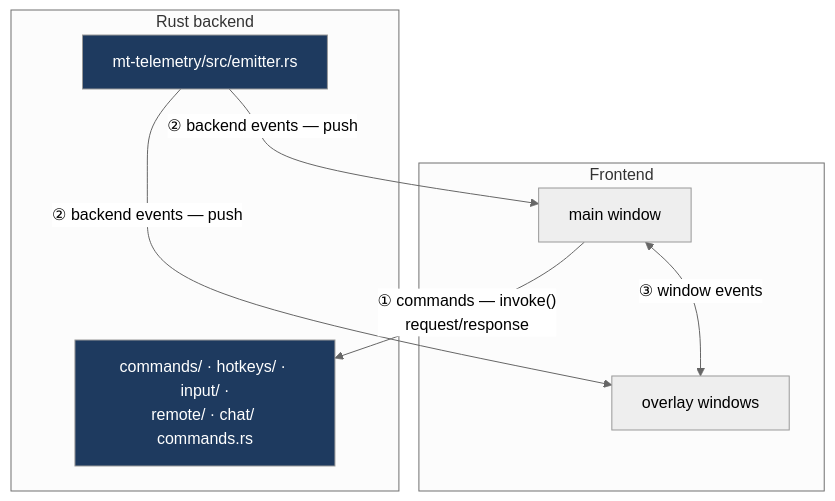
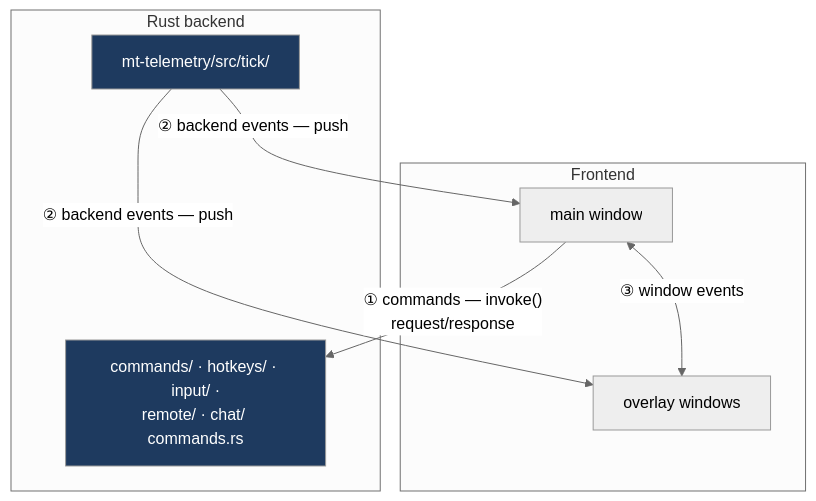
Diagram 16 of 22 in docs/architecture.md (mvoof/Marble-Trace), drawn with Mermaid (neutral theme) before and after one commit. The commit also changed other lines of this file and 374 other files, not shown here.

First line of the commit message:
refactor: architecture audit — shared parts, thin stores, rules held by tools (#679)

````diff
--- a/docs/architecture.md
+++ b/docs/architecture.md
@@ -1531,19 +1531,19 @@
 ```mermaid
 flowchart TB
     subgraph FE["Frontend"]
         M["main window"]
         O["overlay windows"]
     end
     subgraph BE["Rust backend"]
         CMD["commands/ · hotkeys/ · input/ ·<br/>remote/ · chat/ commands.rs"]
-        TEL["mt-telemetry/src/emitter.rs"]
+        TEL["mt-telemetry/src/tick/"]
     end
 
     M -->|"① commands — invoke()<br/>request/response"| CMD
     TEL -->|"② backend events — push"| M
     TEL -->|"② backend events — push"| O
     M <-->|"③ window events"| O
 
     style CMD fill:#1e3a5f,color:#fff
     style TEL fill:#1e3a5f,color:#fff
 ```
````
